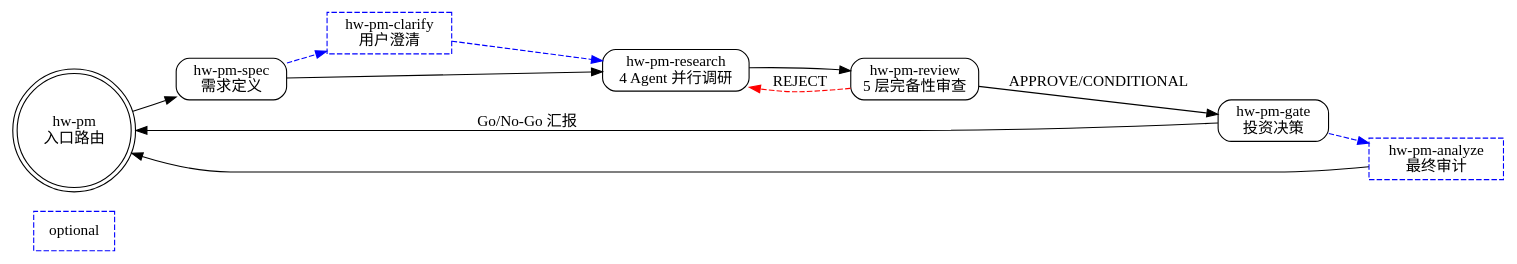
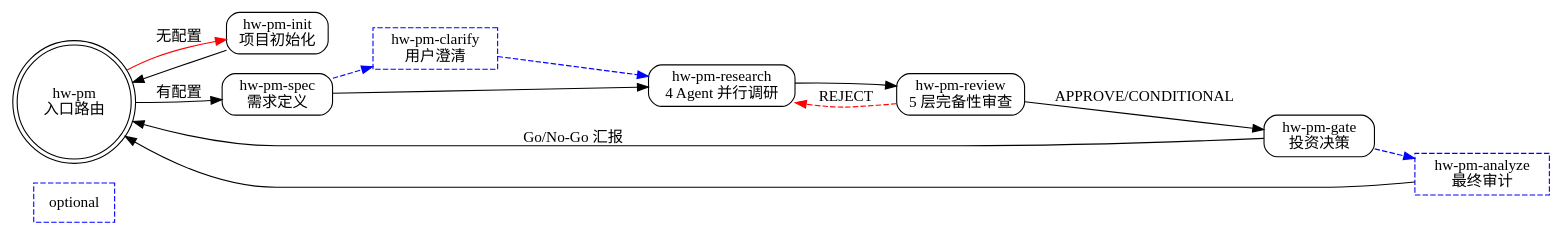
The diagram in 2026-06-07-hw-pm-multi-agent-prd.md (visioner3d/hw-pm-skills), drawn with Graphviz before and after one commit. The commit also changed other lines of this file and 5 other files, not shown here.

````diff
--- a/2026-06-07-hw-pm-multi-agent-prd.md
+++ b/2026-06-07-hw-pm-multi-agent-prd.md
@@ -19,26 +19,29 @@
 ```dot
 digraph skills_overview {
     rankdir=LR;
     node [shape=box, style=rounded];
     optional [style=dashed, color=blue];
 
     entry [label="hw-pm\n入口路由", shape=doublecircle];
+    init [label="hw-pm-init\n项目初始化"];
     spec [label="hw-pm-spec\n需求定义"];
     clarify [label="hw-pm-clarify\n用户澄清", style=dashed, color=blue];
     research [label="hw-pm-research\n4 Agent 并行调研"];
     review [label="hw-pm-review\n5 层完备性审查"];
     gate [label="hw-pm-gate\n投资决策"];
     analyze [label="hw-pm-analyze\n最终审计", style=dashed, color=blue];
 
-    entry -> spec;
+    entry -> init [label="无配置", color=red];
+    entry -> spec [label="有配置"];
+    init -> entry;
     spec -> clarify [style=dashed, color=blue];
     clarify -> research [style=dashed, color=blue];
     spec -> research;
     research -> review;
     review -> research [label="REJECT", color=red, style=dashed];
     review -> gate [label="APPROVE/CONDITIONAL"];
     gate -> analyze [style=dashed, color=blue];
     gate -> entry [label="Go/No-Go 汇报"];
     analyze -> entry;
 }
 ```
````
